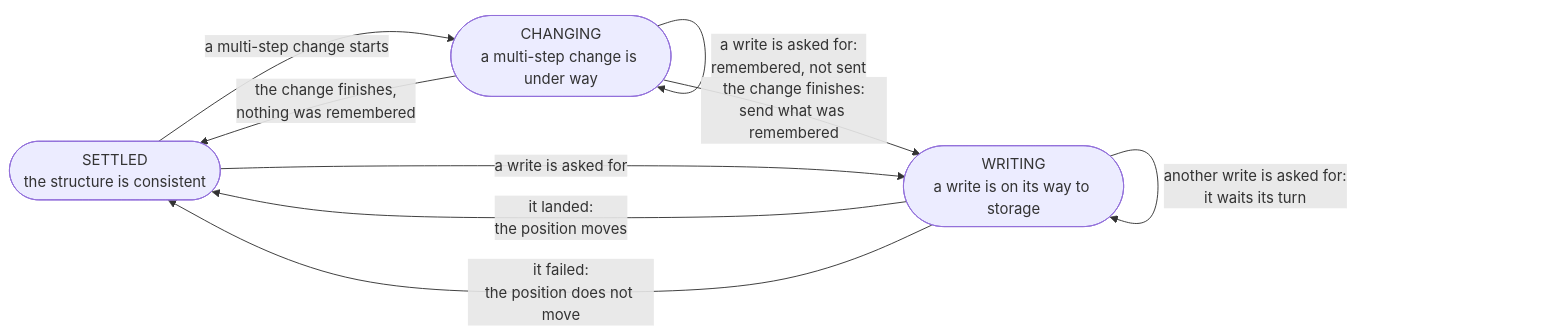
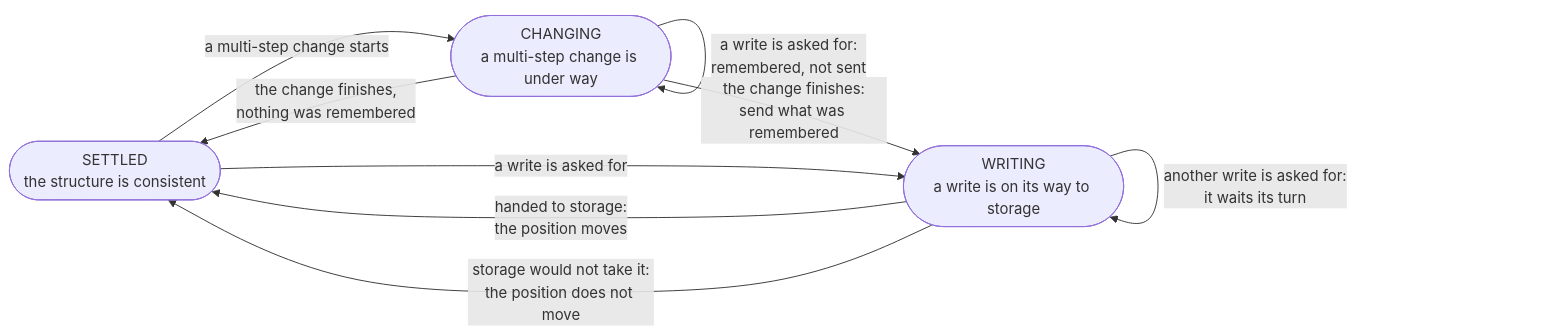
One commit to Qing-LAB/molbuilder changed the eighth of 10 diagrams in docs/web/molview.md. Above: the diagram before and after it, drawn with Mermaid. The commit also changed other lines of this file and 14 other files, not shown here.

````diff
--- a/docs/web/molview.md
+++ b/docs/web/molview.md
@@ -3418,14 +3417,14 @@
 ```mermaid
 flowchart LR
     SETTLED(["SETTLED<br/>the structure is consistent"])
     CHANGING(["CHANGING<br/>a multi-step change is under way"])
     WRITING(["WRITING<br/>a write is on its way to storage"])
     SETTLED -->|"a multi-step change starts"| CHANGING
     CHANGING -->|"a write is asked for:<br/>remembered, not sent"| CHANGING
     CHANGING -->|"the change finishes:<br/>send what was remembered"| WRITING
     CHANGING -->|"the change finishes,<br/>nothing was remembered"| SETTLED
     SETTLED -->|"a write is asked for"| WRITING
-    WRITING -->|"it landed:<br/>the position moves"| SETTLED
-    WRITING -->|"it failed:<br/>the position does not move"| SETTLED
+    WRITING -->|"handed to storage:<br/>the position moves"| SETTLED
+    WRITING -->|"storage would not take it:<br/>the position does not move"| SETTLED
     WRITING -->|"another write is asked for:<br/>it waits its turn"| WRITING
 ```
````
